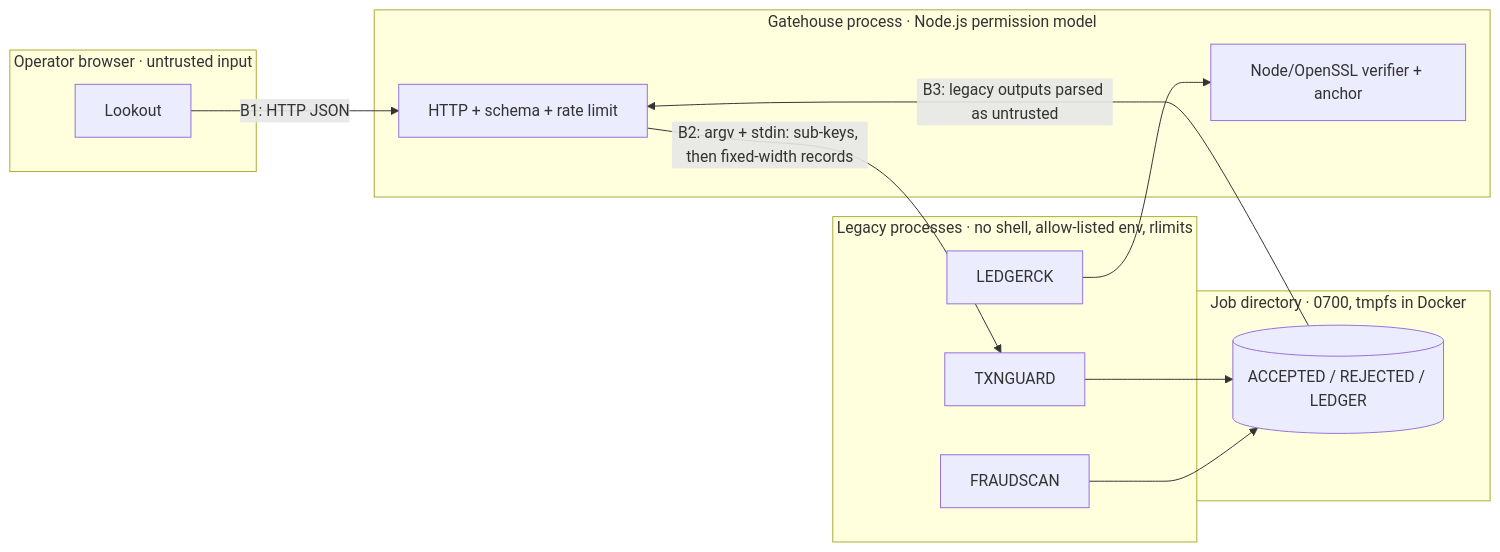
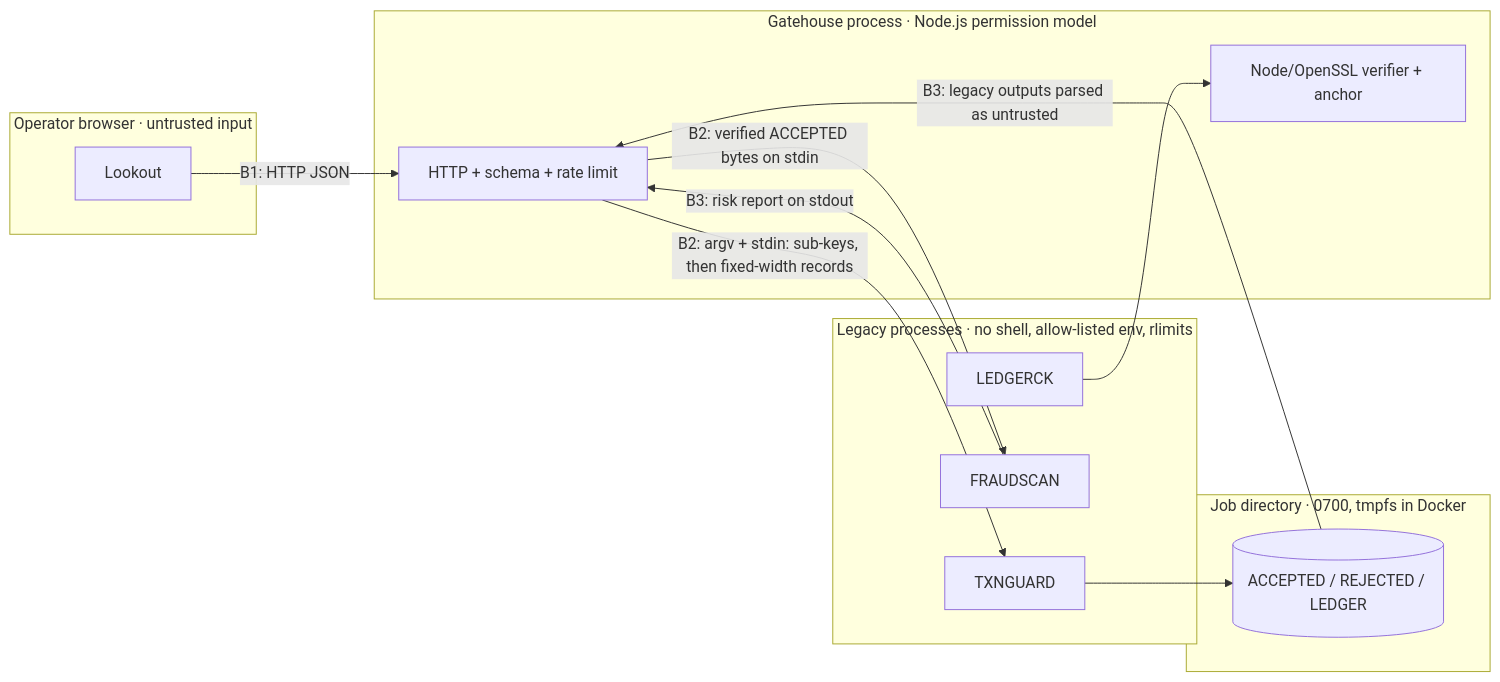
One commit to Manuelma4/alcazar changed the diagram in docs/THREAT_MODEL.md. Above: the diagram before and after it, drawn with Mermaid. The commit also changed other lines of this file and 18 other files, not shown here.

````diff
--- a/docs/THREAT_MODEL.md
+++ b/docs/THREAT_MODEL.md
@@ -34,24 +34,25 @@
 ```mermaid
 flowchart LR
   subgraph Browser[Operator browser · untrusted input]
     L[Lookout]
   end
   subgraph Host[Gatehouse process · Node.js permission model]
     G[HTTP + schema + rate limit]
     V[Node/OpenSSL verifier + anchor]
   end
   subgraph Batch[Legacy processes · no shell, allow-listed env, rlimits]
     T[TXNGUARD]
     F[FRAUDSCAN]
     C[LEDGERCK]
   end
   subgraph Disk[Job directory · 0700, tmpfs in Docker]
     D[(ACCEPTED / REJECTED / LEDGER)]
   end
   L -- B1: HTTP JSON --> G
   G -- B2: argv + stdin: sub-keys, then fixed-width records --> T
   T --> D
   D -- B3: legacy outputs parsed as untrusted --> G
-  F --> D
+  G -- B2: verified ACCEPTED bytes on stdin --> F
+  F -- B3: risk report on stdout --> G
   C --> V
 ```
````
